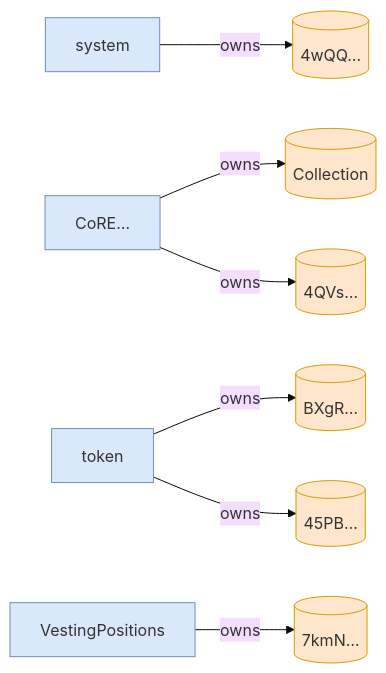
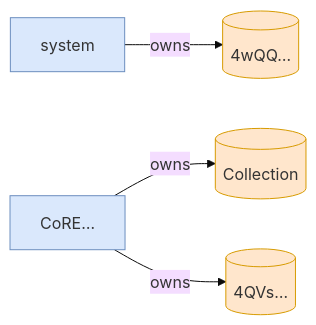
The third of 3 diagrams in babelfish-tests/test-report/freeze_asset_requires_creator.md (cds-turbin3/vesting-position), drawn with Mermaid (base theme) before and after one commit. The commit also changed other lines of this file and 50 other files, not shown here.

````diff
--- a/babelfish-tests/test-report/freeze_asset_requires_creator.md
+++ b/babelfish-tests/test-report/freeze_asset_requires_creator.md
@@ -64,22 +30,14 @@
 ```mermaid
 flowchart LR
     system["system"]:::program
     4wQQ[("4wQQ…")]:::state
     CoRE["CoRE…"]:::program
     Collection[("Collection")]:::state
-    token["token"]:::program
-    BXgR[("BXgR…")]:::state
-    45PB[("45PB…")]:::state
     4QVs[("4QVs…")]:::state
-    VestingPositions["VestingPositions"]:::program
-    7kmN[("7kmN…")]:::state
     system -->|owns| 4wQQ
     CoRE -->|owns| Collection
-    token -->|owns| BXgR
-    token -->|owns| 45PB
     CoRE -->|owns| 4QVs
-    VestingPositions -->|owns| 7kmN
     classDef program fill:#dae8fc,stroke:#6c8ebf;
     classDef signer fill:#d5e8d4,stroke:#82b366;
     classDef state fill:#ffe6cc,stroke:#d79b00;
 ```
````
